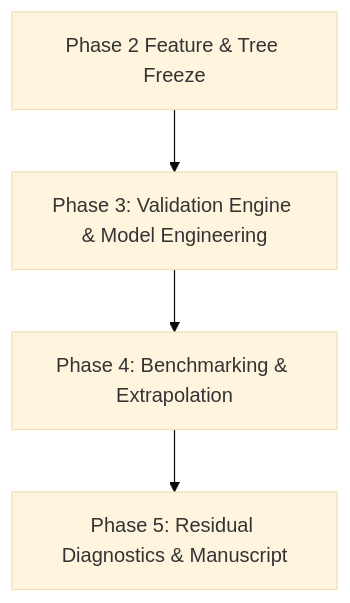
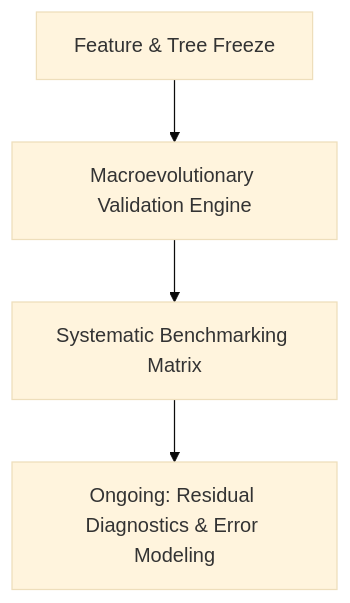
One commit to f3ltz/phenix changed the third of 3 diagrams in CONCEPTS_AND_ARCHITECTURE.md. Above: the diagram before and after it, drawn with Mermaid (base theme). The commit also changed other lines of this file and 17 other files, not shown here.

Commit message:
refactor: unify architecture and de-phase repository into ongoing research framework

````diff
--- a/CONCEPTS_AND_ARCHITECTURE.md
+++ b/CONCEPTS_AND_ARCHITECTURE.md
@@ -296,6 +296,6 @@
 ```mermaid
 flowchart TD
-    P2[Phase 2 Feature & Tree Freeze] --> P3[Phase 3: Validation Engine & Model Engineering]
-    P3 --> P4[Phase 4: Benchmarking & Extrapolation]
-    P4 --> P5[Phase 5: Residual Diagnostics & Manuscript]
+    FE[Feature & Tree Freeze] --> VE[Macroevolutionary Validation Engine]
+    VE --> BM[Systematic Benchmarking Matrix]
+    BM --> RD[Ongoing: Residual Diagnostics & Error Modeling]
 ```
````
